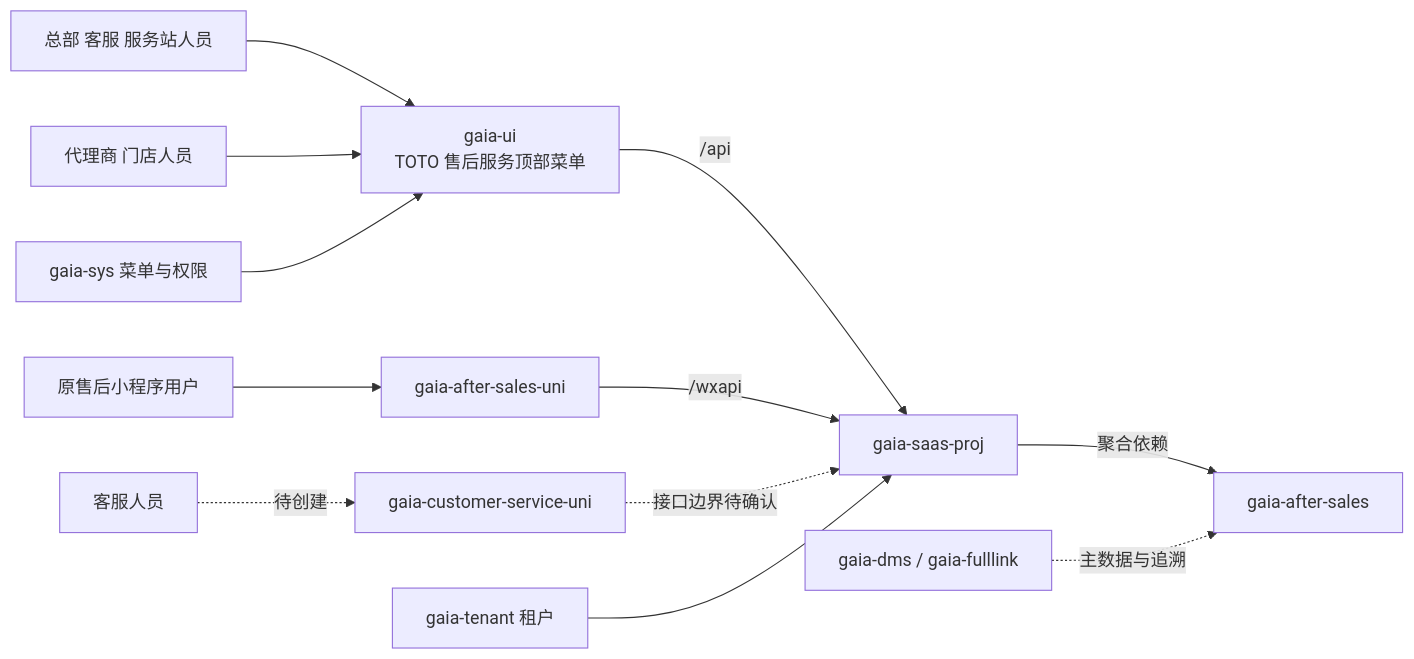
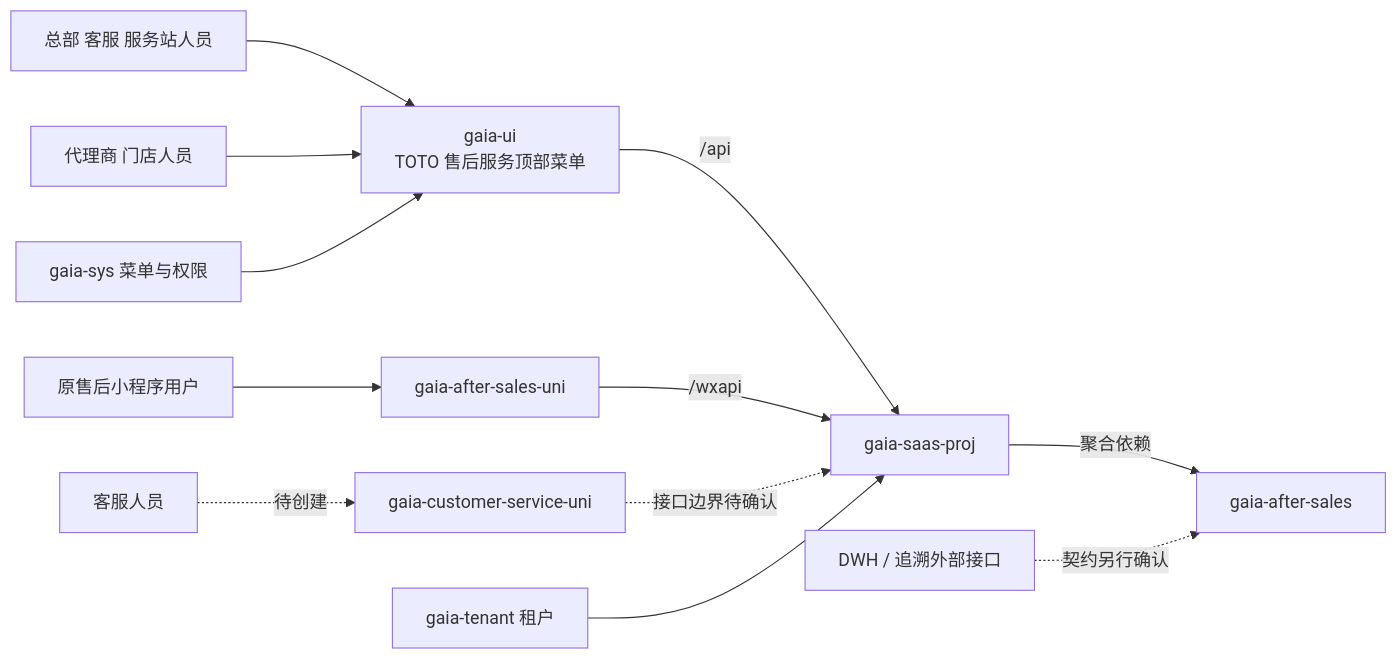
Before and after one commit to zhiyuan23/toto-after-sales-docs: the diagram in 00-项目资料/02-仓库与系统关系.md, drawn with Mermaid. The commit also changed other lines of this file and 29 other files, not shown here.

````diff
--- a/00-项目资料/02-仓库与系统关系.md
+++ b/00-项目资料/02-仓库与系统关系.md
@@ -7,14 +7,14 @@
 ```mermaid
 flowchart LR
   ADMIN["总部 客服 服务站人员"] --> UI["gaia-ui\nTOTO 售后服务顶部菜单"]
   DEALER["代理商 门店人员"] --> UI
   CONSUMER["原售后小程序用户"] --> MINI["gaia-after-sales-uni"]
   SERVICE["客服人员"] -.待创建.-> CSMINI["gaia-customer-service-uni"]
   UI -->|/api| HOST["gaia-saas-proj"]
   MINI -->|/wxapi| HOST
   CSMINI -.->|接口边界待确认| HOST
   HOST -->|聚合依赖| AFTER["gaia-after-sales"]
   SYS["gaia-sys 菜单与权限"] --> UI
   TENANT["gaia-tenant 租户"] --> HOST
-  DMS["gaia-dms / gaia-fulllink"] -.主数据与追溯.-> AFTER
+  EXT["DWH / 追溯外部接口"] -.契约另行确认.-> AFTER
 ```
````
